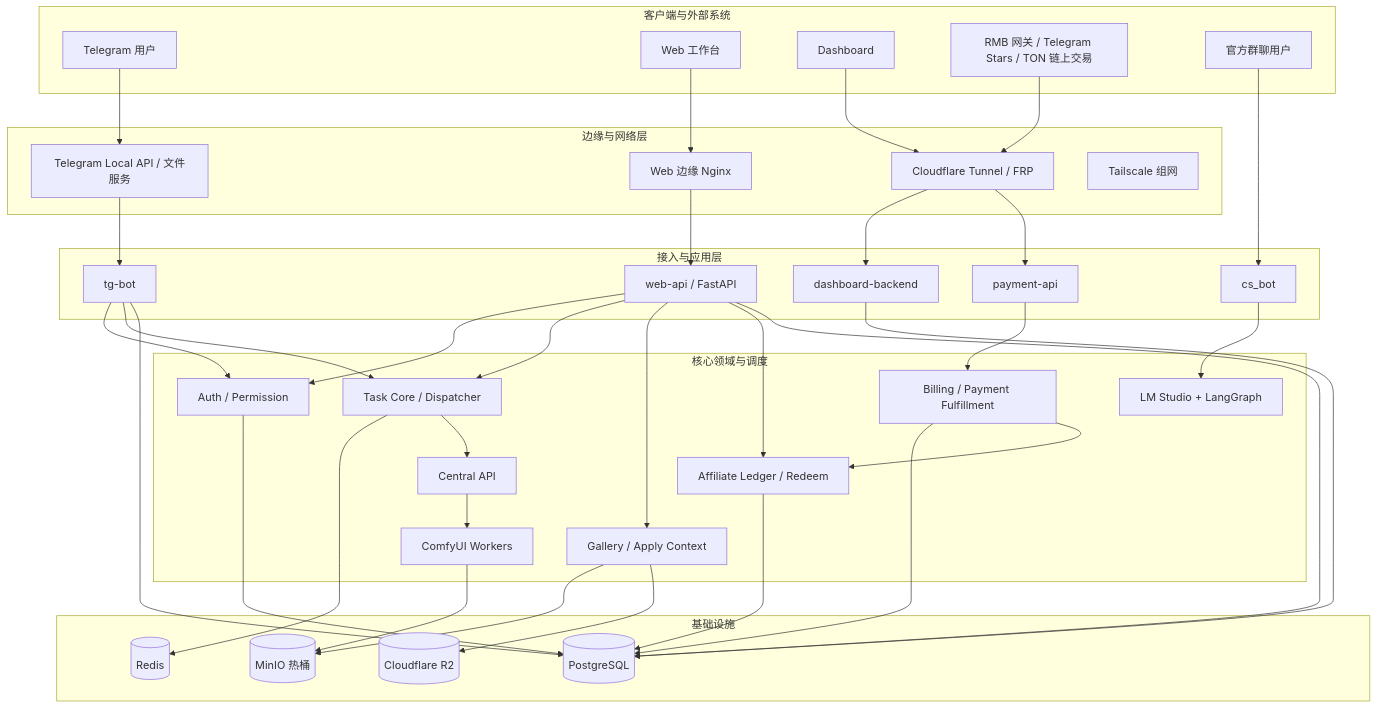
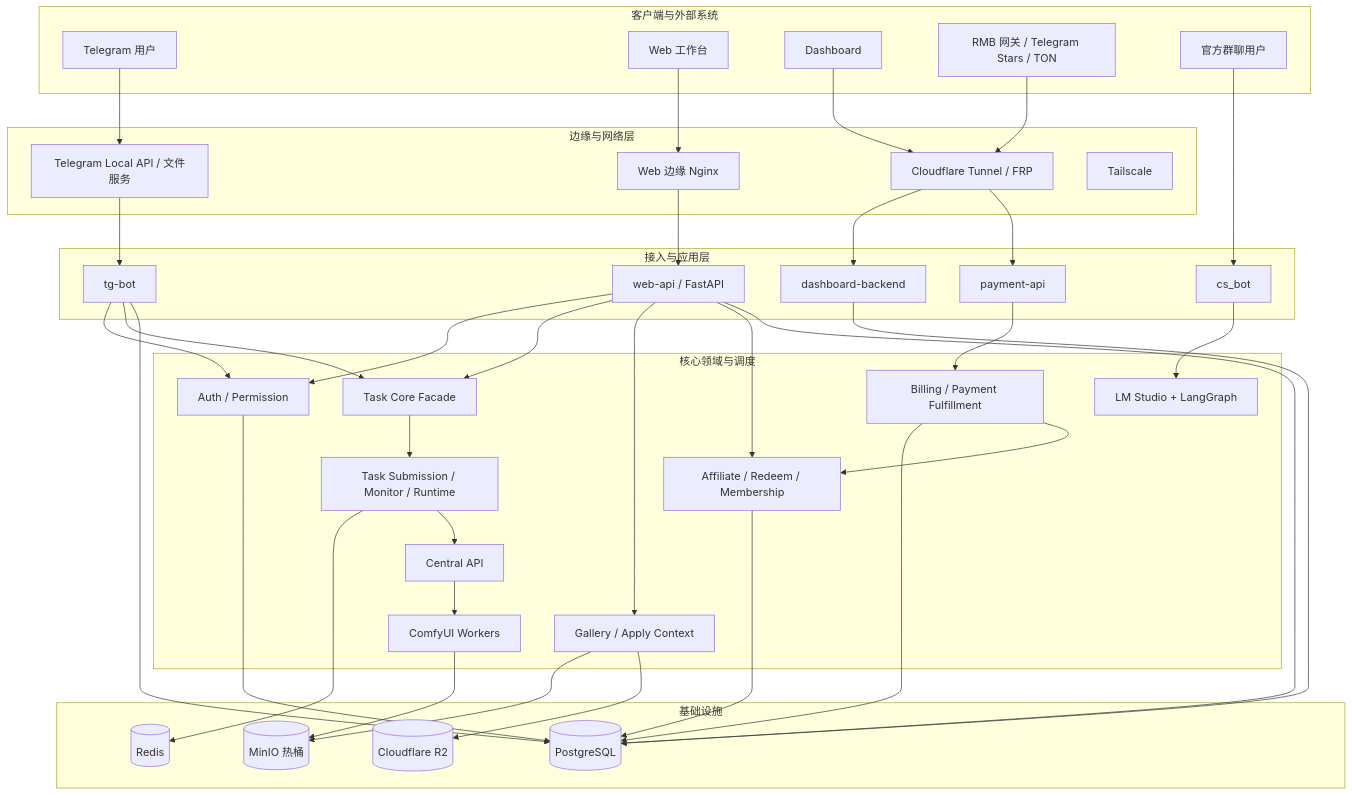
One commit to giraffu/All_bot changed the first of 2 diagrams in docs/system_architecture_report.md. Above: the diagram before and after it, drawn with Mermaid. The commit also changed other lines of this file and 22 other files, not shown here.

````diff
--- a/docs/system_architecture_report.md
+++ b/docs/system_architecture_report.md
@@ -18,71 +18,73 @@
 ```mermaid
 graph TD
     subgraph Client[客户端与外部系统]
         TG[Telegram 用户]
         WEB[Web 工作台]
         DASH[Dashboard]
-        PAY[RMB 网关 / Telegram Stars / TON 链上交易]
+        PAY[RMB 网关 / Telegram Stars / TON]
         GROUP[官方群聊用户]
     end
 
     subgraph Edge[边缘与网络层]
         NGINX[Web 边缘 Nginx]
         TGAPI[Telegram Local API / 文件服务]
         TUNNEL[Cloudflare Tunnel / FRP]
-        VLAN[Tailscale 组网]
+        VLAN[Tailscale]
     end
 
     subgraph Gateway[接入与应用层]
         BOT[tg-bot]
         API[web-api / FastAPI]
         PAYAPI[payment-api]
         DBACK[dashboard-backend]
         CS[cs_bot]
     end
 
     subgraph Core[核心领域与调度]
         AUTH[Auth / Permission]
-        TASK[Task Core / Dispatcher]
+        TASK[Task Core Facade]
+        TASKSUB[Task Submission / Monitor / Runtime]
         BILL[Billing / Payment Fulfillment]
-        AFF[Affiliate Ledger / Redeem]
+        AFF[Affiliate / Redeem / Membership]
         GAL[Gallery / Apply Context]
         CENTRAL[Central API]
         WORKERS[ComfyUI Workers]
         LLM[LM Studio + LangGraph]
     end
 
     subgraph Infra[基础设施]
         PG[(PostgreSQL)]
         REDIS[(Redis)]
         MINIO[(MinIO 热桶)]
         R2[(Cloudflare R2)]
     end
 
     TG --> TGAPI --> BOT
     WEB --> NGINX --> API
     DASH --> TUNNEL --> DBACK
     PAY --> TUNNEL --> PAYAPI
     GROUP --> CS
 
     BOT --> AUTH
     BOT --> TASK
     API --> AUTH
     API --> TASK
+    TASK --> TASKSUB
     API --> GAL
     API --> AFF
     PAYAPI --> BILL
     DBACK --> PG
     CS --> LLM
 
-    TASK --> REDIS
-    TASK --> CENTRAL --> WORKERS
+    TASKSUB --> REDIS
+    TASKSUB --> CENTRAL --> WORKERS
     WORKERS --> MINIO
     GAL --> MINIO
     GAL --> R2
     AUTH --> PG
     BILL --> PG
     AFF --> PG
     BILL --> AFF
     API --> PG
     BOT --> PG
 ```
````
